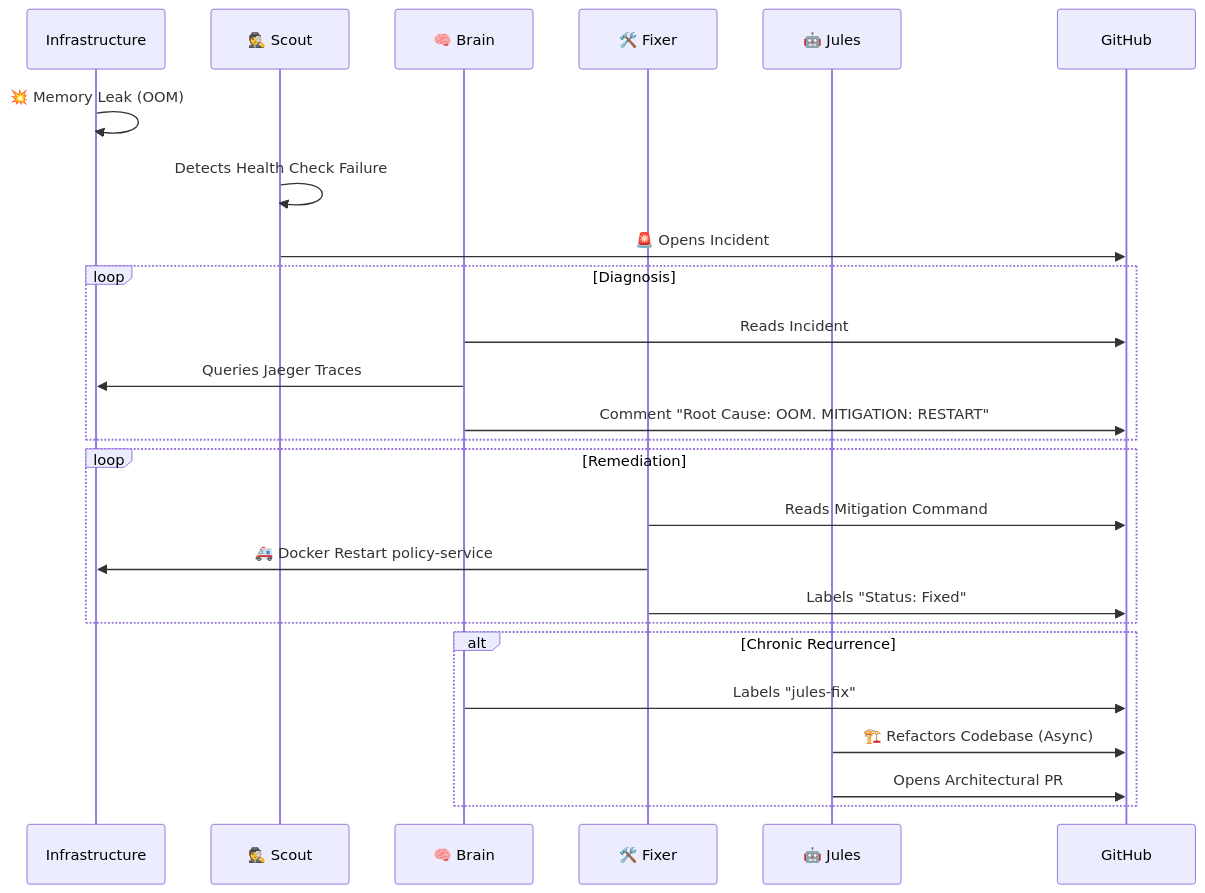
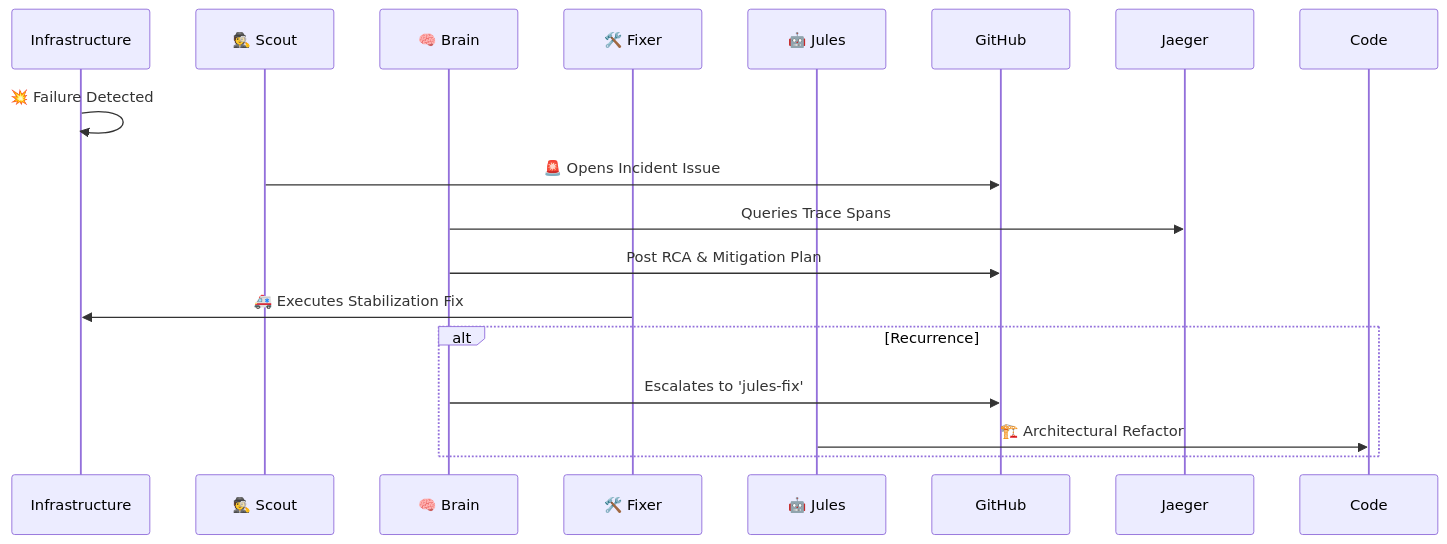
One commit to mohammedsalmanj/sre.space-cp changed the second of 2 diagrams in README.md. Above: the diagram before and after it, drawn with Mermaid. The commit also changed other lines of this file and 12 other files, not shown here.

````diff
--- a/README.md
+++ b/README.md
@@ -86,30 +82,18 @@
 ```mermaid
 sequenceDiagram
     participant Sys as Infrastructure
     participant Scout as 🕵️ Scout
     participant Brain as 🧠 Brain
     participant Fixer as 🛠️ Fixer
     participant Jules as 🤖 Jules
 
-    Sys->>Sys: 💥 Memory Leak (OOM)
-    Scout->>Scout: Detects Health Check Failure
-    Scout->>GitHub: 🚨 Opens Incident #142
-
-    loop Diagnosis
-        Brain->>GitHub: Reads Incident
-        Brain->>Sys: Queries Jaeger Traces
-        Brain->>GitHub: Comment "Root Cause: OOM. MITIGATION: RESTART"
-    end
-
-    loop Remediation
-        Fixer->>GitHub: Reads Mitigation Command
-        Fixer->>Sys: 🚑 Docker Restart policy-service
-        Fixer->>GitHub: Labels "Status: Fixed"
-    end
-
-    alt Chronic Recurrence
-        Brain->>GitHub: Labels "jules-fix"
-        Jules->>GitHub: 🏗️ Refactors Codebase (Async)
-        Jules->>GitHub: Opens Architectural PR
+    Sys->>Sys: 💥 Failure Detected
+    Scout->>GitHub: 🚨 Opens Incident Issue
+    Brain->>Jaeger: Queries Trace Spans
+    Brain->>GitHub: Post RCA & Mitigation Plan
+    Fixer->>Sys: 🚑 Executes Stabilization Fix
+    alt Recurrence
+        Brain->>GitHub: Escalates to 'jules-fix'
+        Jules->>Code: 🏗️ Architectural Refactor
     end
 ```
````
